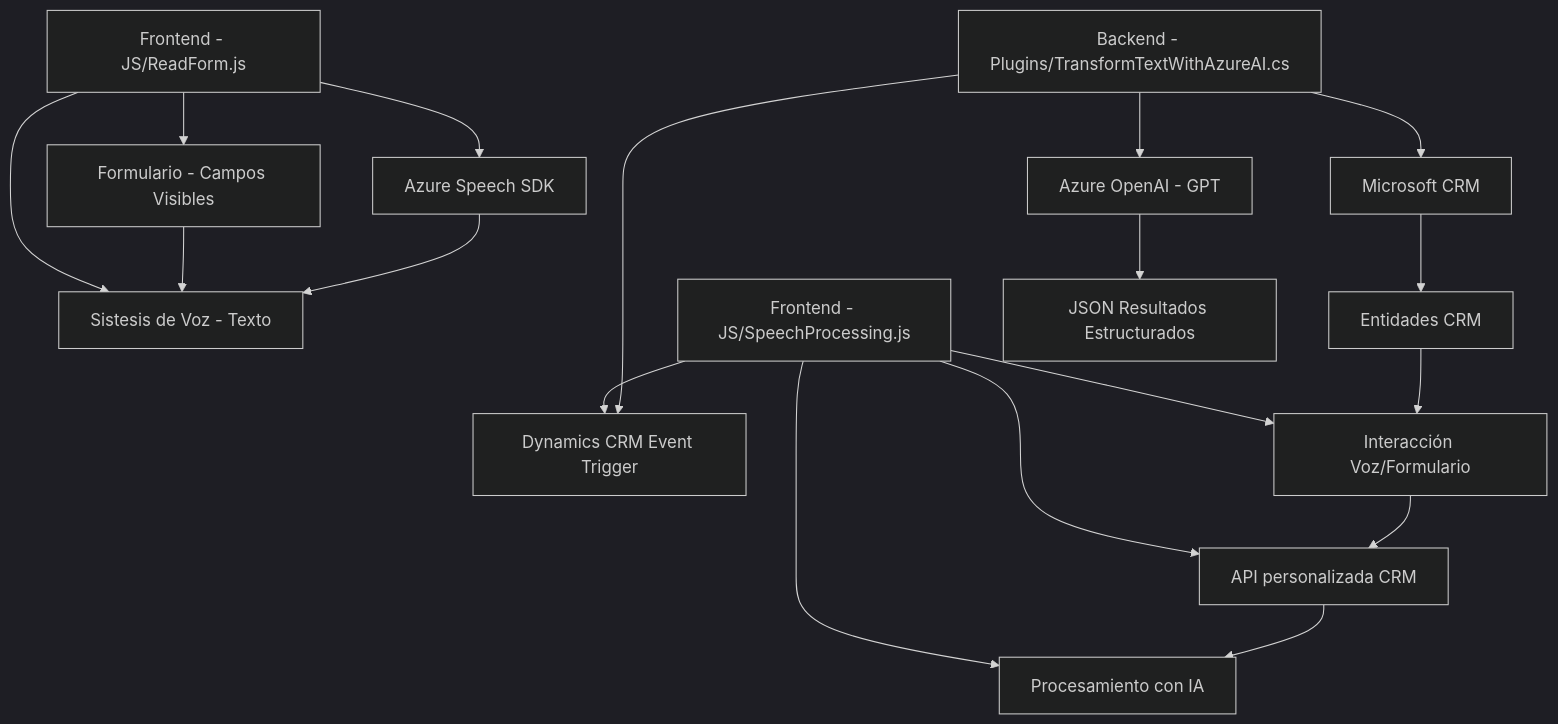
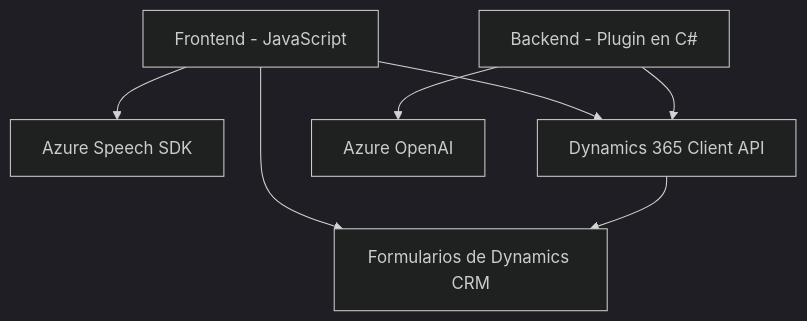
The diagram in README.md (blopezdm/NETCORE_BILBAO2025), drawn with Mermaid (dark theme) before and after one commit. The commit also changed other lines of this file, not shown here.

Commit message:
Actualizar análisis global de la solución con IA

````diff
--- a/README.md
+++ b/README.md
@@ -44,22 +48,16 @@
 ```mermaid
 graph TD
-    A["Frontend - JS/ReadForm.js"] --> B["Azure Speech SDK"]
-    A --> C["Formulario - Campos Visibles"]
-    A --> D["Sistesis de Voz - Texto"]
-    C --> D
-    B --> D
+    A["Frontend - JavaScript"]
+    B["Azure Speech SDK"]
+    C["Dynamics 365 Client API"]
+    D["Backend - Plugin en C#"]
+    E["Azure OpenAI"]
+    F["Formularios de Dynamics CRM"]
 
-    E["Frontend - JS/SpeechProcessing.js"] --> F["Azure Speech SDK"]
-    E --> G["Interacción Voz/Formulario"]
-    E --> H["API personalizada CRM"]
-    E --> I["Procesamiento con IA"]
-    G --> H
-    H --> I
-
-    J["Backend - Plugins/TransformTextWithAzureAI.cs"] --> K["Microsoft CRM"]
-    J --> L["Azure OpenAI - GPT"]
-    J --> F["Dynamics CRM Event Trigger"]
-    K --> M["Entidades CRM"]
-    L --> N["JSON Resultados Estructurados"]
-    M --> G
+    A --> B
+    A --> C
+    A --> F
+    C --> F
+    D --> C
+    D --> E
 ```
````
